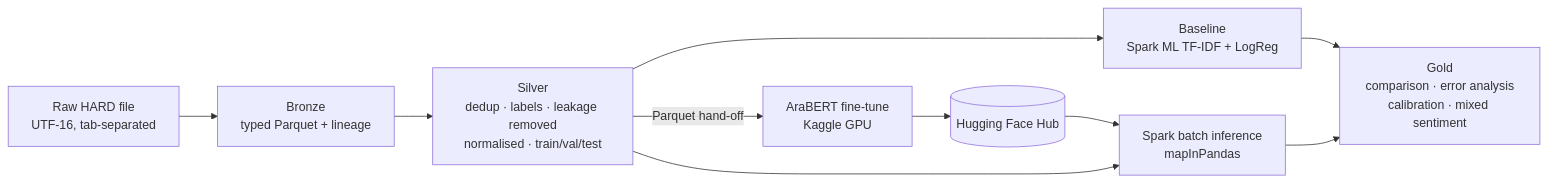
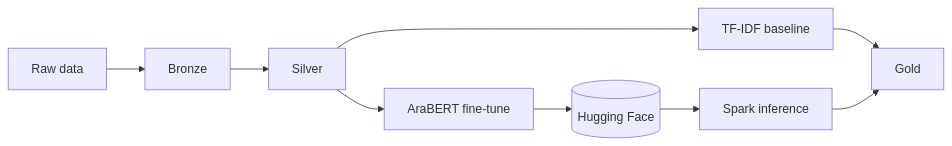
The diagram in README.md (Mahmoud5150/ANLP_v2), drawn with Mermaid before and after one commit. The commit also changed other lines of this file and 2 other files, not shown here.

Commit message:
README: live demo section and known dialect-negation failure with screenshots

````diff
--- a/README.md
+++ b/README.md
@@ -31,12 +32,11 @@
 ```mermaid
 flowchart LR
-    RAW["Raw HARD file<br/>UTF-16, tab-separated"] --> BRONZE["Bronze<br/>typed Parquet + lineage"]
-    BRONZE --> SILVER["Silver<br/>dedup · labels · leakage removed<br/>normalised · train/val/test"]
-    SILVER --> BASE["Baseline<br/>Spark ML TF-IDF + LogReg"]
-    SILVER -- "Parquet hand-off" --> FT["AraBERT fine-tune<br/>Kaggle GPU"]
-    FT --> HUB[("Hugging Face Hub")]
-    HUB --> INF["Spark batch inference<br/>mapInPandas"]
-    SILVER --> INF
-    BASE --> GOLD["Gold<br/>comparison · error analysis<br/>calibration · mixed sentiment"]
+    RAW[Raw data] --> BRONZE[Bronze]
+    BRONZE --> SILVER[Silver]
+    SILVER --> BASE[TF-IDF baseline]
+    SILVER --> FT[AraBERT fine-tune]
+    FT --> HUB[(Hugging Face)]
+    HUB --> INF[Spark inference]
+    BASE --> GOLD[Gold]
     INF --> GOLD
 ```
````
